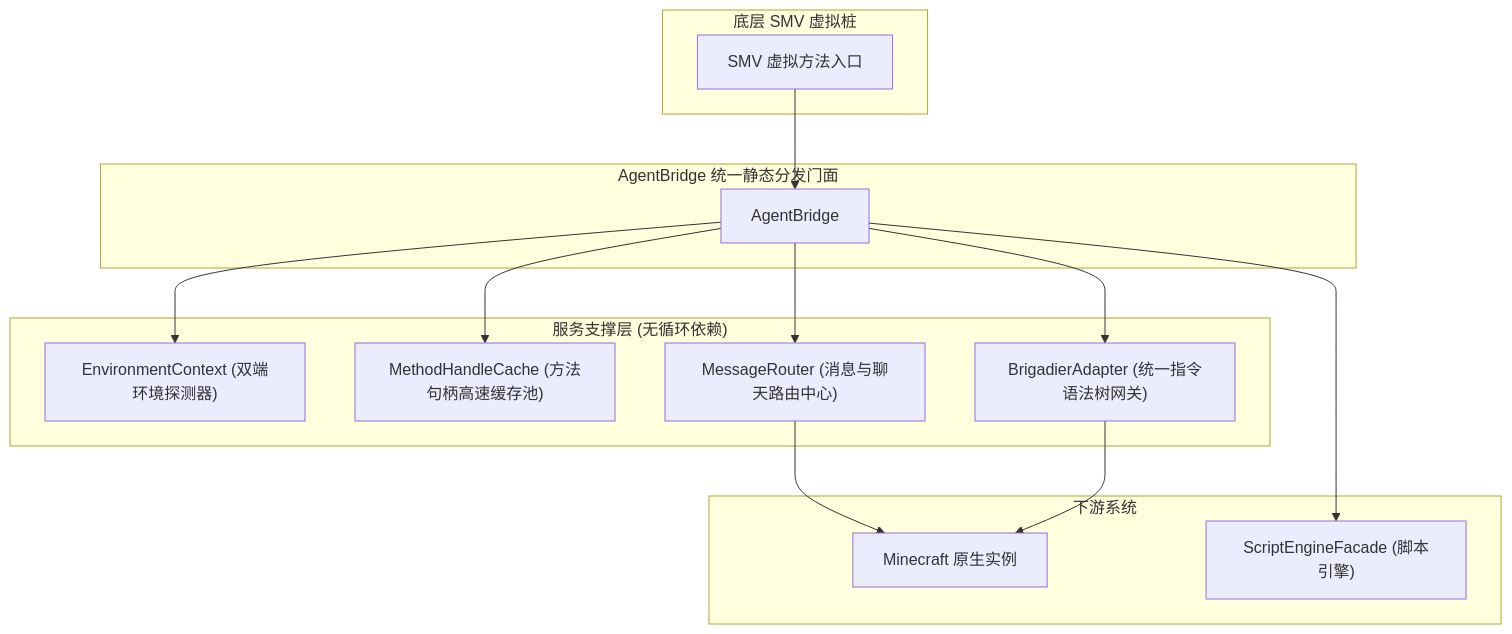
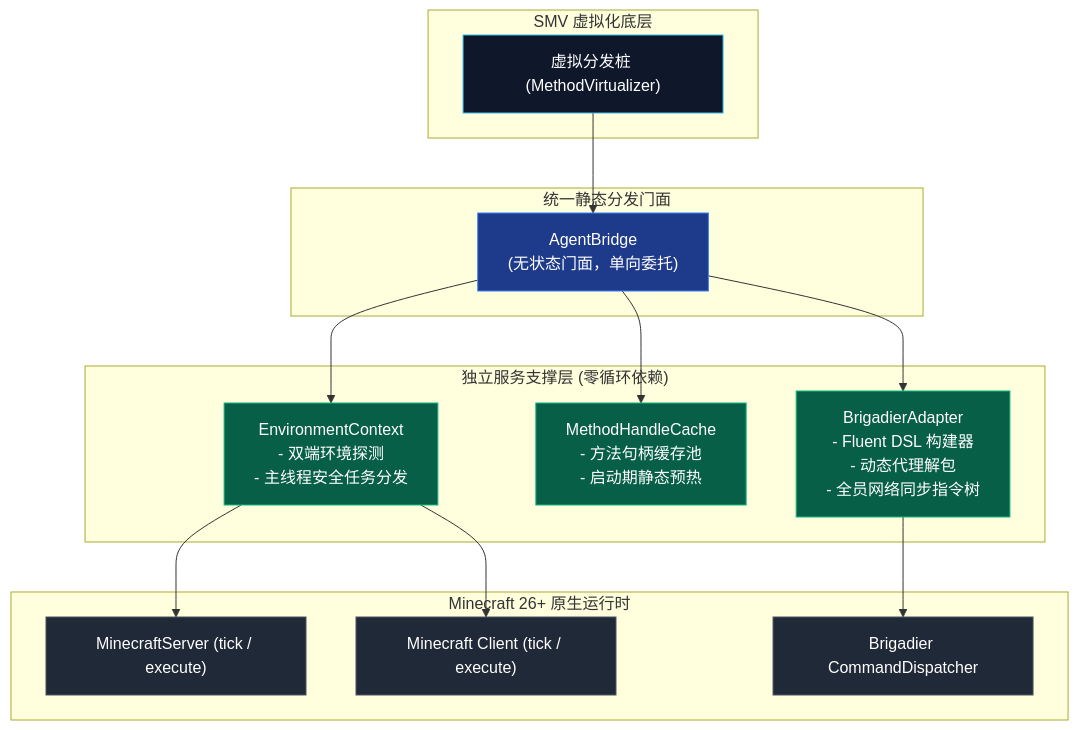
Before and after one commit to nooooocato/graal-agent: the diagram in docs/new_base/Module-Bridge-and-Dispatcher.md, drawn with Mermaid. The commit also changed other lines of this file and 16 other files, not shown here.

````diff
--- a/docs/new_base/Module-Bridge-and-Dispatcher.md
+++ b/docs/new_base/Module-Bridge-and-Dispatcher.md
@@ -21,31 +36,35 @@
 ```mermaid
 flowchart TD
-    subgraph SMV["底层 SMV 虚拟桩"]
-        Hook["SMV 虚拟方法入口"]
+    classDef smv fill:#0f172a,stroke:#38bdf8,color:#fff
+    classDef facade fill:#1e3a8a,stroke:#3b82f6,color:#fff
+    classDef service fill:#065f46,stroke:#10b981,color:#fff
+    classDef mc fill:#1f2937,stroke:#4b5563,color:#fff
+
+    subgraph SMVLayer["SMV 虚拟化底层"]
+        Hook["虚拟分发桩 (MethodVirtualizer)"]:::smv
     end
 
-    subgraph BridgeFacade["AgentBridge 统一静态分发门面"]
-        AB["AgentBridge"]
+    subgraph FacadeLayer["统一静态分发门面"]
+        AB["AgentBridge\n(无状态门面，单向委托)"]:::facade
     end
 
-    subgraph CoreServices["服务支撑层 (无循环依赖)"]
-        EC["EnvironmentContext (双端环境探测器)"]
-        RC["MethodHandleCache (方法句柄高速缓存池)"]
-        BA["BrigadierAdapter (统一指令语法树网关)"]
-        MR["MessageRouter (消息与聊天路由中心)"]
+    subgraph ServiceLayer["独立服务支撑层 (零循环依赖)"]
+        EC["EnvironmentContext\n- 双端环境探测\n- 主线程安全任务分发"]:::service
+        MHC["MethodHandleCache\n- 方法句柄缓存池\n- 启动期静态预热"]:::service
+        BA["BrigadierAdapter\n- Fluent DSL 构建器\n- 动态代理解包\n- 全员网络同步指令树"]:::service
     end
 
-    subgraph Targets["下游系统"]
-        MC["Minecraft 原生实例"]
-        SE["ScriptEngineFacade (脚本引擎)"]
+    subgraph MCLayer["Minecraft 26+ 原生运行时"]
+        Server["MinecraftServer (tick / execute)"]:::mc
+        Client["Minecraft Client (tick / execute)"]:::mc
+        Disp["Brigadier CommandDispatcher"]:::mc
     end
 
     Hook --> AB
     AB --> EC
-    AB --> RC
+    AB --> MHC
     AB --> BA
-    AB --> MR
-    AB --> SE
-    MR --> MC
-    BA --> MC
+
+    EC --> Server & Client
+    BA --> Disp
 ```
````
